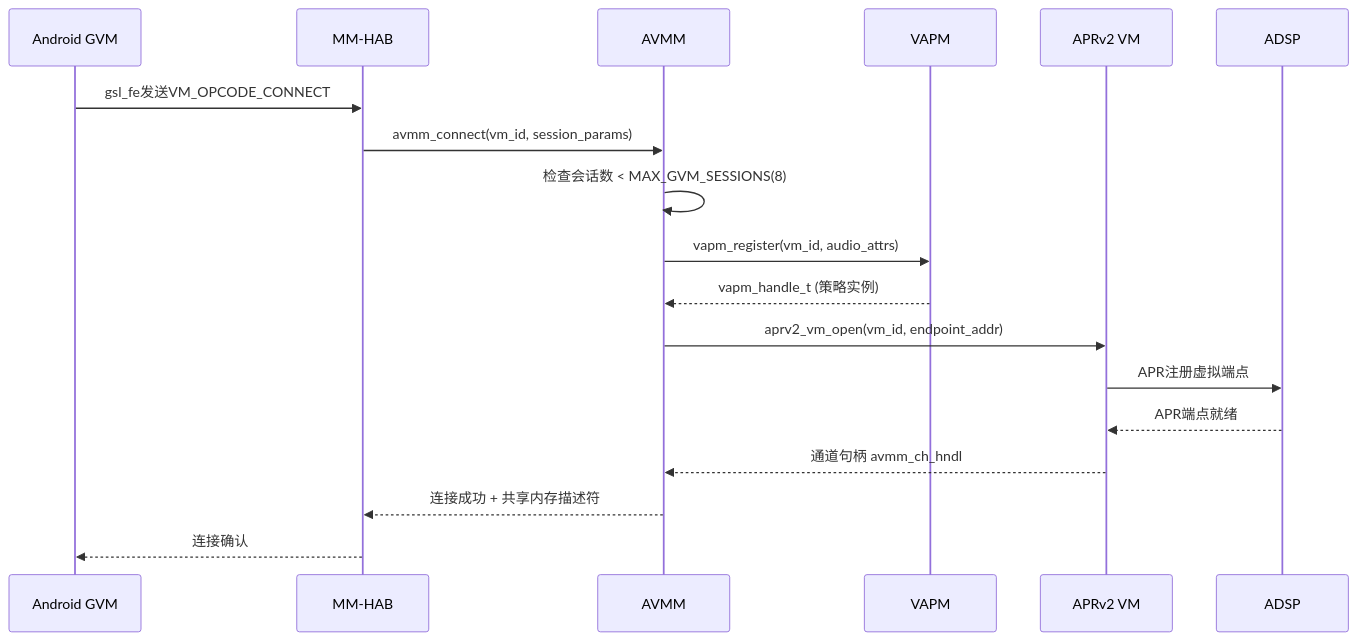
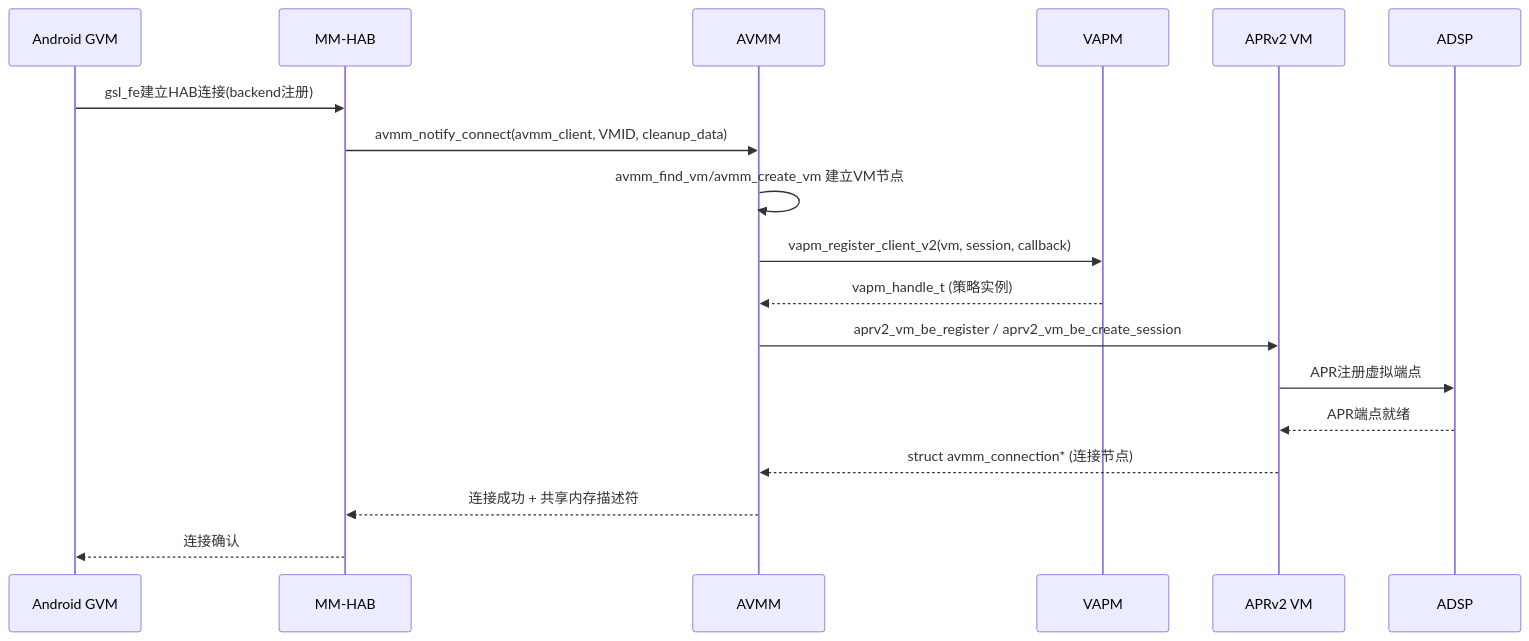
The second of 10 diagrams in 16_Vendor_QNX_Architecture/16_16.16_QNX_audio_driver_vm_VM音频驱动层.md (yanglinzhen1022/SA8295_AAOS_QNX_Audio_KnowledgeBase), drawn with Mermaid before and after one commit. The commit also changed other lines of this file and 48 other files, not shown here.

````diff
--- a/16_Vendor_QNX_Architecture/16_16.16_QNX_audio_driver_vm_VM音频驱动层.md
+++ b/16_Vendor_QNX_Architecture/16_16.16_QNX_audio_driver_vm_VM音频驱动层.md
@@ -120,21 +130,21 @@
 ```mermaid
 sequenceDiagram
     participant GVM as Android GVM
     participant HAB as MM-HAB
     participant AVMM as AVMM
     participant VAPM as VAPM
     participant APR as APRv2 VM
     participant ADSP as ADSP
 
-    GVM->>HAB: gsl_fe发送VM_OPCODE_CONNECT
-    HAB->>AVMM: avmm_connect(vm_id, session_params)
-    AVMM->>AVMM: 检查会话数 < MAX_GVM_SESSIONS(8)
-    AVMM->>VAPM: vapm_register(vm_id, audio_attrs)
+    GVM->>HAB: gsl_fe建立HAB连接(backend注册)
+    HAB->>AVMM: avmm_notify_connect(avmm_client, VMID, cleanup_data)
+    AVMM->>AVMM: avmm_find_vm/avmm_create_vm 建立VM节点
+    AVMM->>VAPM: vapm_register_client_v2(vm, session, callback)
     VAPM-->>AVMM: vapm_handle_t (策略实例)
-    AVMM->>APR: aprv2_vm_open(vm_id, endpoint_addr)
+    AVMM->>APR: aprv2_vm_be_register / aprv2_vm_be_create_session
     APR->>ADSP: APR注册虚拟端点
     ADSP-->>APR: APR端点就绪
-    APR-->>AVMM: 通道句柄 avmm_ch_hndl
+    APR-->>AVMM: struct avmm_connection* (连接节点)
     AVMM-->>HAB: 连接成功 + 共享内存描述符
     HAB-->>GVM: 连接确认
 ```
````
